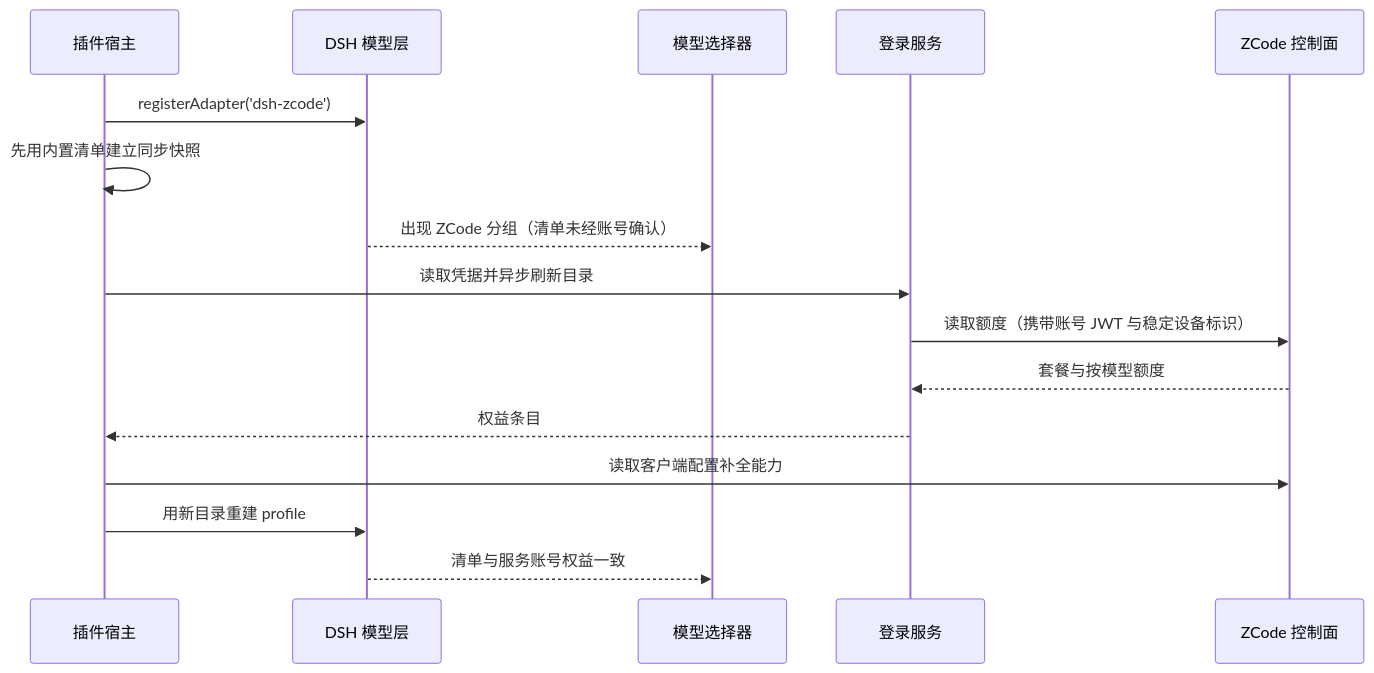
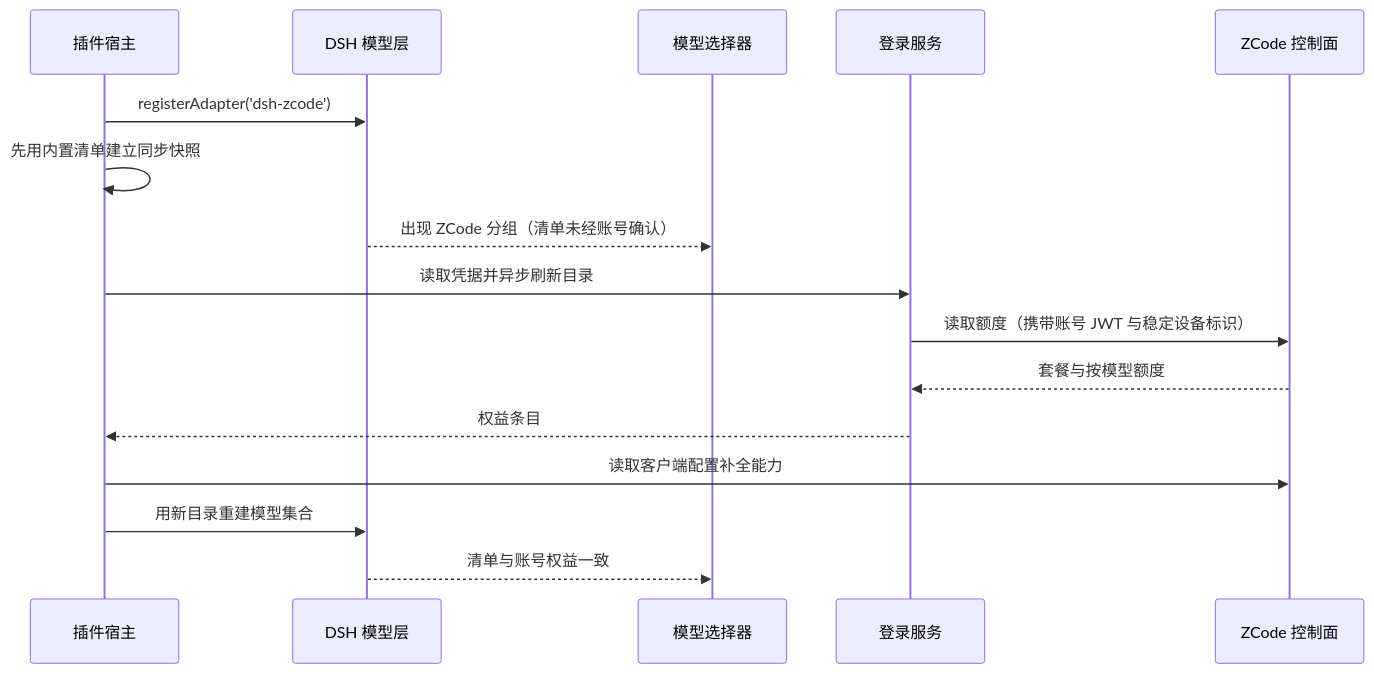
The second of 7 diagrams in docs/plans/PLAN-FNOS-027-dsh-zcode-plugin.md (FNOSP/fnos-dsh), drawn with Mermaid before and after one commit. The commit also changed other lines of this file and 7 other files, not shown here.

````diff
--- a/docs/plans/PLAN-FNOS-027-dsh-zcode-plugin.md
+++ b/docs/plans/PLAN-FNOS-027-dsh-zcode-plugin.md
@@ -69,18 +71,18 @@
 ```mermaid
 sequenceDiagram
   participant Host as 插件宿主
   participant LLM as DSH 模型层
   participant Selector as 模型选择器
   participant Auth as 登录服务
   participant ZCode as ZCode 控制面
   Host->>LLM: registerAdapter('dsh-zcode')
   Host->>Host: 先用内置清单建立同步快照
   LLM-->>Selector: 出现 ZCode 分组（清单未经账号确认）
   Host->>Auth: 读取凭据并异步刷新目录
   Auth->>ZCode: 读取额度（携带账号 JWT 与稳定设备标识）
   ZCode-->>Auth: 套餐与按模型额度
   Auth-->>Host: 权益条目
   Host->>ZCode: 读取客户端配置补全能力
-  Host->>LLM: 用新目录重建 profile
-  LLM-->>Selector: 清单与服务账号权益一致
+  Host->>LLM: 用新目录重建模型集合
+  LLM-->>Selector: 清单与账号权益一致
 ```
````
